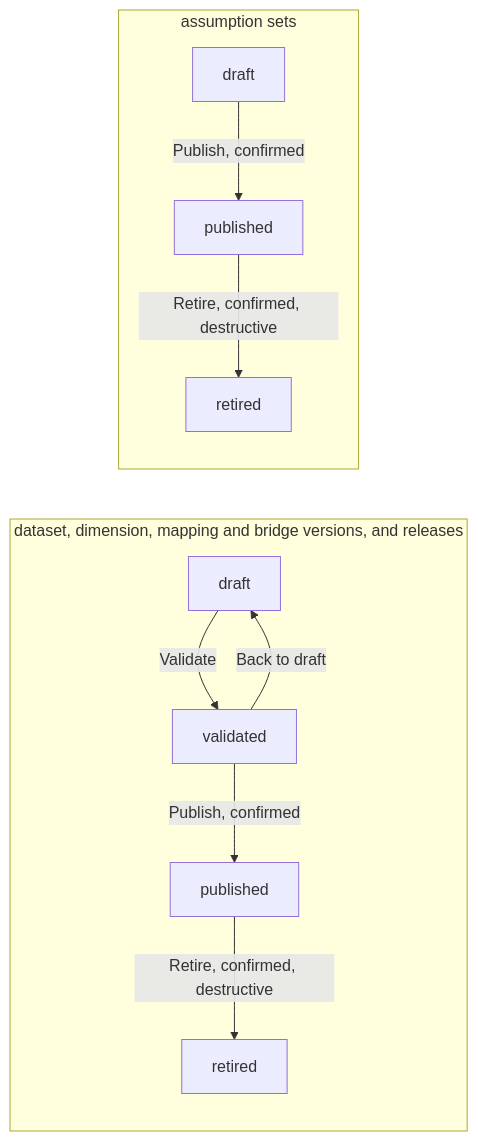
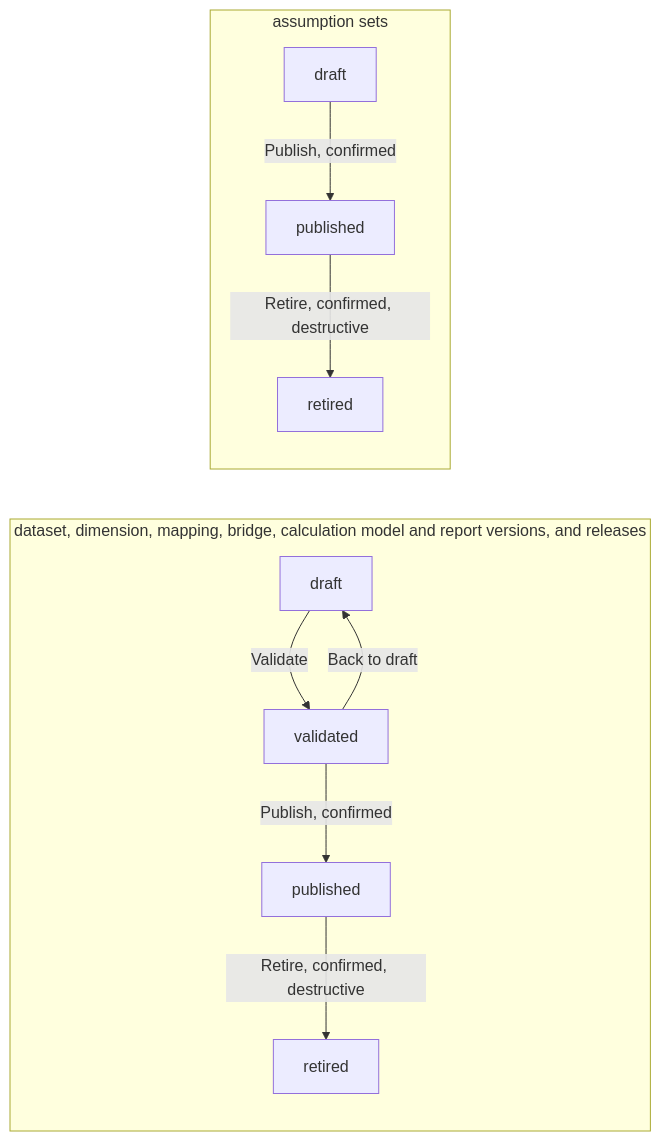
One commit to chrisaliotta/Quantalytix.QueryEngine.Admin changed the fifth of 9 diagrams in web/docs/architecture/03-how-it-works.md. Above: the diagram before and after it, drawn with Mermaid. The commit also changed other lines of this file and 32 other files, not shown here.

First line of the commit message:
feat: integrate calculation models and reports into the architecture and navigation

````diff
--- a/web/docs/architecture/03-how-it-works.md
+++ b/web/docs/architecture/03-how-it-works.md
@@ -223,20 +230,20 @@
 ```mermaid
 flowchart LR
-    subgraph versioned ["dataset, dimension, mapping and bridge versions, and releases"]
+    subgraph versioned ["dataset, dimension, mapping, bridge, calculation model and report versions, and releases"]
         Draft["draft"]
         Validated["validated"]
         Published["published"]
         Retired["retired"]
         Draft -->|"Validate"| Validated
         Validated -->|"Back to draft"| Draft
         Validated -->|"Publish, confirmed"| Published
         Published -->|"Retire, confirmed, destructive"| Retired
     end
     subgraph assumptionSets ["assumption sets"]
         SetDraft["draft"]
         SetPublished["published"]
         SetRetired["retired"]
         SetDraft -->|"Publish, confirmed"| SetPublished
         SetPublished -->|"Retire, confirmed, destructive"| SetRetired
     end
 ```
````
